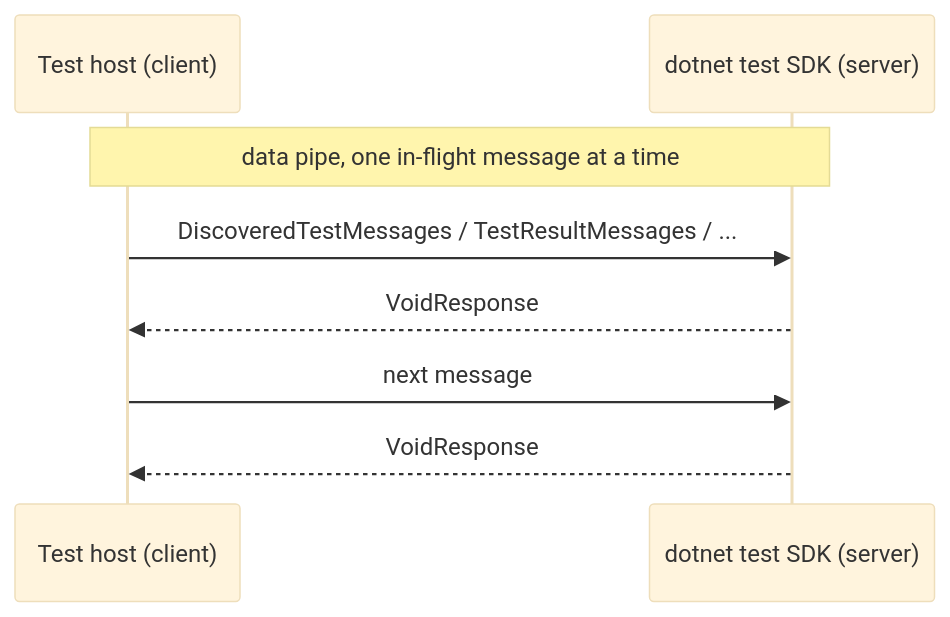
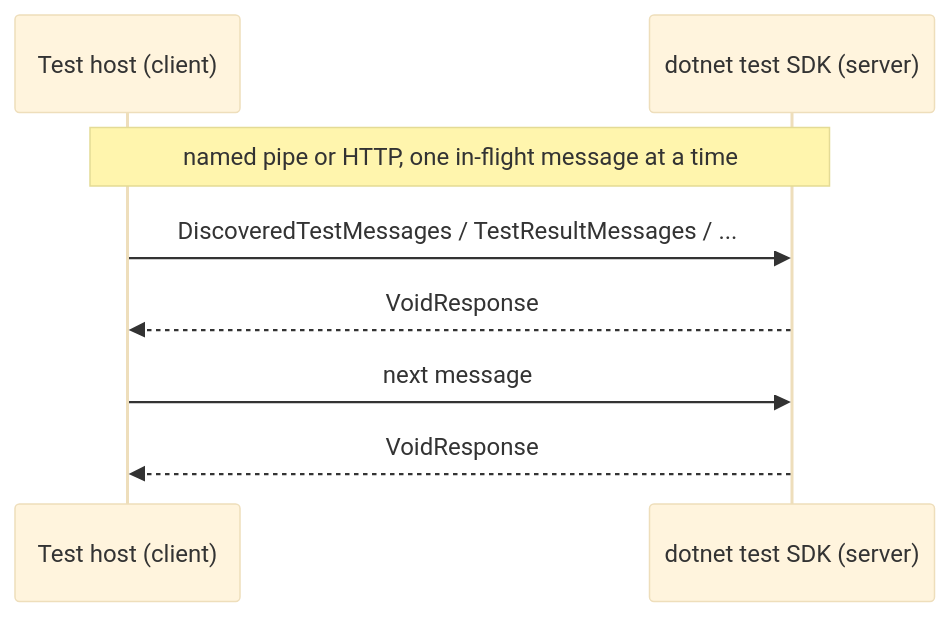
The third of 6 diagrams in docs/mstest-runner-protocol/004-protocol-dotnet-test-pipe.md (microsoft/testfx), drawn with Mermaid (base theme) before and after one commit. The commit also changed other lines of this file and 42 other files, not shown here.

````diff
--- a/docs/mstest-runner-protocol/004-protocol-dotnet-test-pipe.md
+++ b/docs/mstest-runner-protocol/004-protocol-dotnet-test-pipe.md
@@ -300,10 +389,10 @@
 ```mermaid
 sequenceDiagram
     participant H as Test host (client)
     participant S as dotnet test SDK (server)
-    Note over H,S: data pipe, one in-flight message at a time
+    Note over H,S: named pipe or HTTP, one in-flight message at a time
     H->>S: DiscoveredTestMessages / TestResultMessages / ...
     S-->>H: VoidResponse
     H->>S: next message
     S-->>H: VoidResponse
 ```
````
